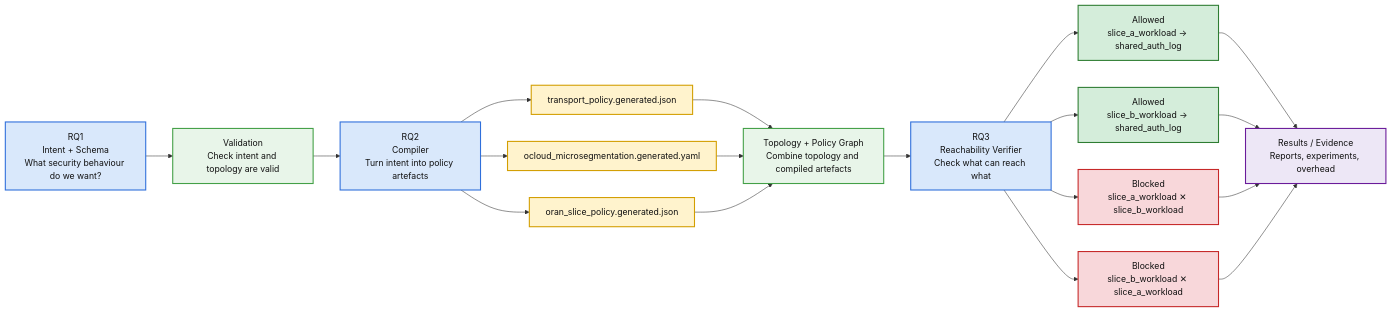
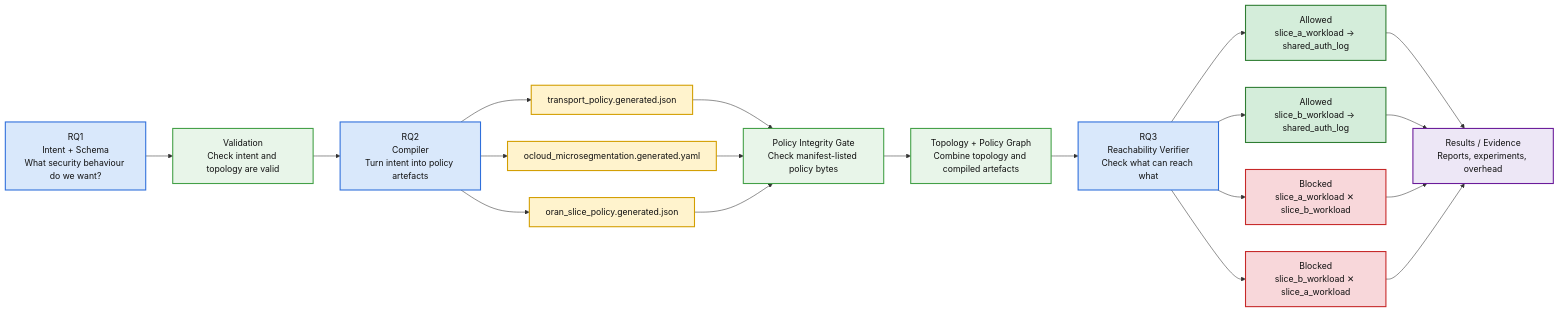
Before and after one commit to maplefoxgit/minor-thesis: the first of 2 diagrams in docs/rq_to_repo_mapping.md, drawn with Mermaid. The commit also changed other lines of this file and 8 other files, not shown here.

````diff
--- a/docs/rq_to_repo_mapping.md
+++ b/docs/rq_to_repo_mapping.md
@@ -48,54 +49,57 @@
 ```mermaid
 flowchart LR
     A["RQ1<br/>Intent + Schema<br/>What security behaviour do we want?"]
     B["Validation<br/>Check intent and topology are valid"]
     C["RQ2<br/>Compiler<br/>Turn intent into policy artefacts"]
 
     D1["transport_policy.generated.json"]
     D2["ocloud_microsegmentation.generated.yaml"]
     D3["oran_slice_policy.generated.json"]
 
+    I["Policy Integrity Gate<br/>Check manifest-listed policy bytes"]
     E["Topology + Policy Graph<br/>Combine topology and compiled artefacts"]
     F["RQ3<br/>Reachability Verifier<br/>Check what can reach what"]
     G["Results / Evidence<br/>Reports, experiments, overhead"]
 
     P1["Allowed<br/>slice_a_workload → shared_auth_log"]
     P2["Allowed<br/>slice_b_workload → shared_auth_log"]
     X1["Blocked<br/>slice_a_workload ✕ slice_b_workload"]
     X2["Blocked<br/>slice_b_workload ✕ slice_a_workload"]
 
     A --> B
     B --> C
     C --> D1
     C --> D2
     C --> D3
 
-    D1 --> E
-    D2 --> E
-    D3 --> E
+    D1 --> I
+    D2 --> I
+    D3 --> I
+
+    I --> E
 
     E --> F
     F --> P1
     F --> P2
     F --> X1
     F --> X2
 
     P1 --> G
     P2 --> G
     X1 --> G
     X2 --> G
 
     classDef rq fill:#d9e8fb,stroke:#2f6fdb,stroke-width:2px,color:#111;
     classDef process fill:#e8f5e9,stroke:#43a047,stroke-width:2px,color:#111;
     classDef artefact fill:#fff3cd,stroke:#d39e00,stroke-width:2px,color:#111;
     classDef allow fill:#d4edda,stroke:#2e7d32,stroke-width:2px,color:#111;
     classDef block fill:#f8d7da,stroke:#c62828,stroke-width:2px,color:#111;
     classDef result fill:#ede7f6,stroke:#6a1b9a,stroke-width:2px,color:#111;
 
     class A,C,F rq;
-    class B,E process;
+    class B,I,E process;
     class D1,D2,D3 artefact;
     class P1,P2 allow;
     class X1,X2 block;
     class G result;
 ```
````
